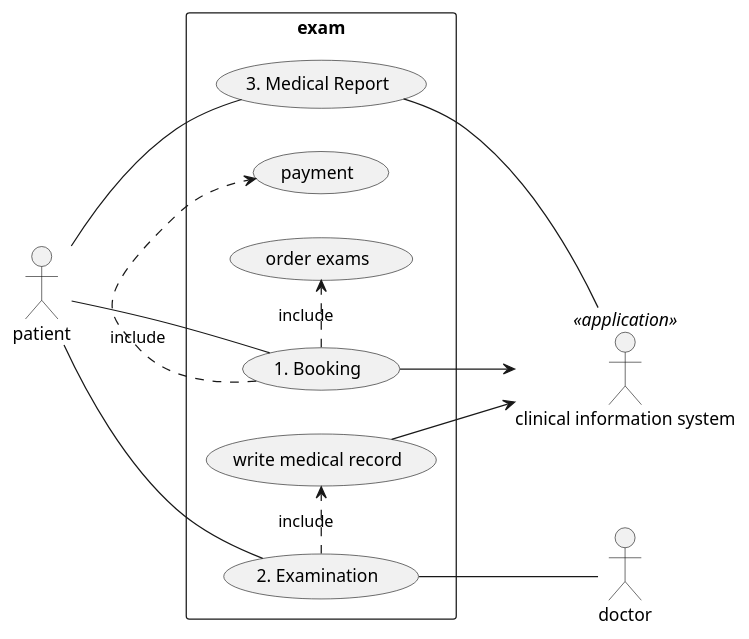
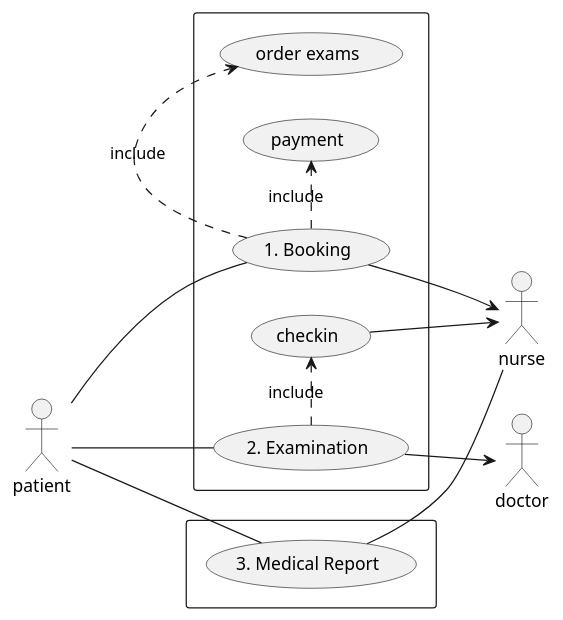
Before and after one commit to twotwo/microservice-physical-exam: the first of 4 diagrams in README.md, drawn with PlantUML. The commit also changed other lines of this file and 18 other files, not shown here.

Commit message:
Use Cases and Sequence Diagrams

````diff
--- a/README.md
+++ b/README.md
@@ -8,26 +8,30 @@
 ```plantuml
 @startuml
 left to right direction
 skinparam packageStyle rectangle
 actor patient
 actor doctor
-actor :clinical information system: as CIS <<application>>
+actor nurse
+'actor :clinical information system: as CIS <<application>>
 
-rectangle exam {
+rectangle {
   usecase booking as "1. Booking"
+  patient -- (booking)
+    (booking) .> (order exams) : include
+    (booking) .> (payment) : include
+  booking --> nurse
+
   usecase examination as "2. Examination"
+  patient -- (examination)
+    (examination) .> (checkin) : include
+  (checkin) --> nurse
+  (examination) --> doctor
+}
+
+rectangle {
   usecase report as "3. Medical Report"
-  
-  patient -- (booking)
-  (booking) .> (order exams) : include
-  (booking) .> (payment) : include
-  booking --> CIS
-  patient -- (examination)
-  (examination) .> (write medical record) : include
-  (write medical record) --> CIS
-  (examination) -- doctor
   patient -- (report)
-  (report) -- CIS
+  (report) -- nurse
 }
 @enduml
 ```
````
